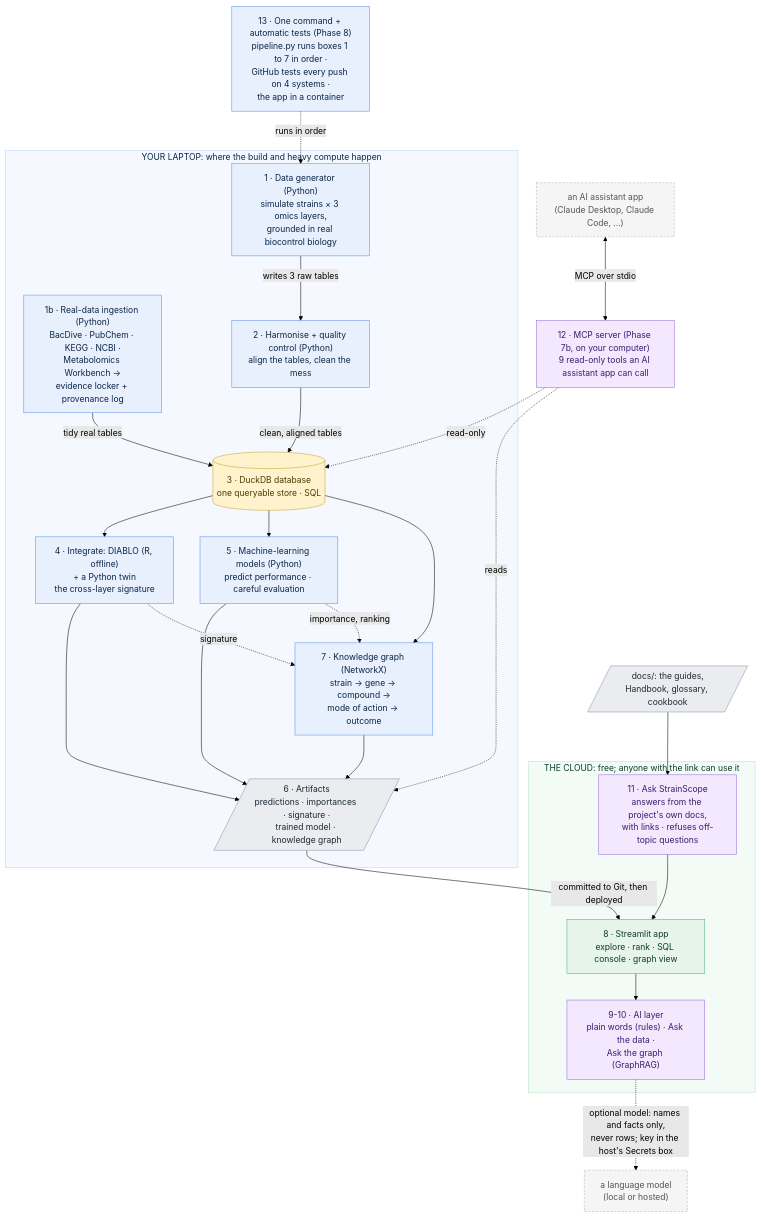
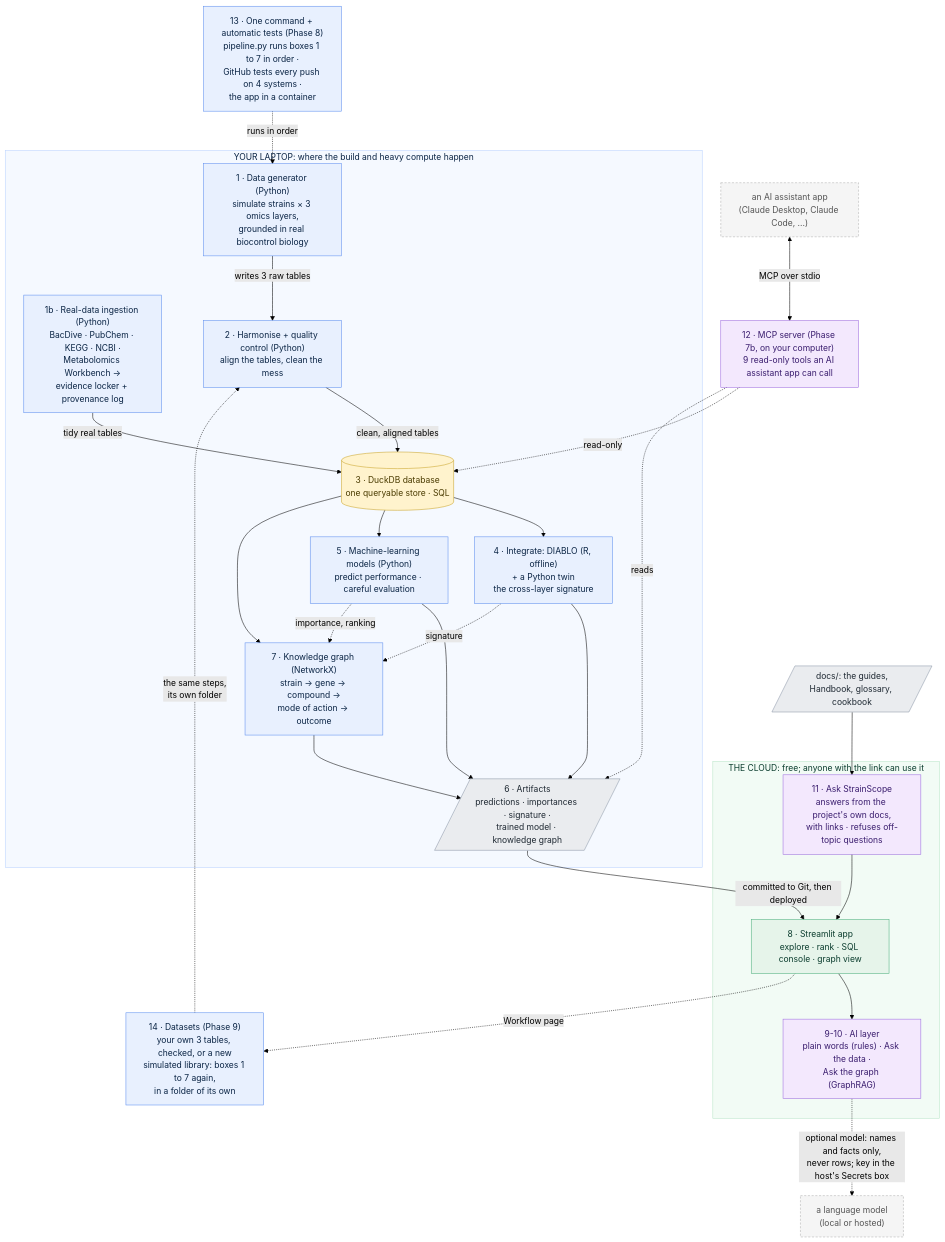
Before and after one commit to akannan2987/strainscope: the diagram in docs/00-architecture.md, drawn with Mermaid (forest theme). The commit also changed other lines of this file and 84 other files, not shown here.

Commit message:
feat: the whole workflow in the app, on your own data: datasets, checks, the Workflow page

````diff
--- a/docs/00-architecture.md
+++ b/docs/00-architecture.md
@@ -64,60 +64,63 @@
 ```mermaid
 flowchart TD
     subgraph LAPTOP["YOUR LAPTOP: where the build and heavy compute happen"]
         A["1 · Data generator (Python)<br/>simulate strains × 3 omics layers,<br/>grounded in real biocontrol biology"]
         R["1b · Real-data ingestion (Python)<br/>BacDive · PubChem · KEGG · NCBI ·<br/>Metabolomics Workbench →<br/>evidence locker + provenance log"]
         B["2 · Harmonise + quality control (Python)<br/>align the tables, clean the mess"]
         C[("3 · DuckDB database<br/>one queryable store · SQL")]
         D["4 · Integrate: DIABLO (R, offline)<br/>+ a Python twin<br/>the cross-layer signature"]
         E["5 · Machine-learning models (Python)<br/>predict performance · careful evaluation"]
         F["7 · Knowledge graph (NetworkX)<br/>strain → gene → compound →<br/>mode of action → outcome"]
         G[/"6 · Artifacts<br/>predictions · importances · signature ·<br/>trained model · knowledge graph"/]
     end
     subgraph CLOUD["THE CLOUD: free; anyone with the link can use it"]
         H["8 · Streamlit app<br/>explore · rank · SQL console · graph view"]
         I["9-10 · AI layer<br/>plain words (rules) · Ask the data ·<br/>Ask the graph (GraphRAG)"]
         Q["11 · Ask StrainScope<br/>answers from the project's own docs,<br/>with links · refuses off-topic questions"]
     end
     M["12 · MCP server (Phase 7b, on your computer)<br/>9 read-only tools an AI assistant app can call"]
     APPAI["an AI assistant app<br/>(Claude Desktop, Claude Code, ...)"]
     DOCS[/"docs/: the guides,<br/>Handbook, glossary, cookbook"/]
     P["13 · One command + automatic tests (Phase 8)<br/>pipeline.py runs boxes 1 to 7 in order ·<br/>GitHub tests every push on 4 systems ·<br/>the app in a container"]
+    DS["14 · Datasets (Phase 9)<br/>your own 3 tables, checked, or a new<br/>simulated library: boxes 1 to 7 again,<br/>in a folder of its own"]
 
     A -->|writes 3 raw tables| B
     R -->|tidy real tables| C
     B -->|clean, aligned tables| C
     C --> D
     C --> E
     C --> F
     D --> G
     E --> G
     D -.->|signature| F
     E -.->|importance, ranking| F
     F --> G
     G -->|committed to Git, then deployed| H
     H --> I
     I -.->|"optional model: names and facts only,<br/>never rows; key in the host's Secrets box"| LLM["a language model<br/>(local or hosted)"]
     DOCS --> Q
     Q --> H
     M -.->|read-only| C
     M -.->|reads| G
     APPAI <-->|"MCP over stdio"| M
     P -.->|"runs in order"| A
+    DS -.->|"the same steps,<br/>its own folder"| B
+    H -.->|"Workflow page"| DS
 
     classDef laptop fill:#E8F0FE,stroke:#5B8DEF,color:#0B2545;
     classDef store fill:#FFF3CD,stroke:#C9A227,color:#4A3B00;
     classDef artifact fill:#EAECEF,stroke:#8A94A6,color:#1F2933;
     classDef cloud fill:#E6F4EA,stroke:#4CAF7D,color:#0B3D2E;
     classDef ai fill:#F3E8FD,stroke:#9C6ADE,color:#3A1D6E;
     classDef roadmap fill:#F5F5F5,stroke:#B0B0B0,color:#555555,stroke-dasharray:4 3;
     class A,B,D,E,F,R laptop
     class C store
     class G artifact
     class H cloud
     class I,Q,M ai
-    class P laptop
+    class P,DS laptop
     class DOCS artifact
     class LLM,APPAI roadmap
     style LAPTOP fill:#F5F9FF,stroke:#B9D2FF,color:#0B2545
     style CLOUD fill:#F2FBF5,stroke:#B7E4C7,color:#0B3D2E
 ```
````
